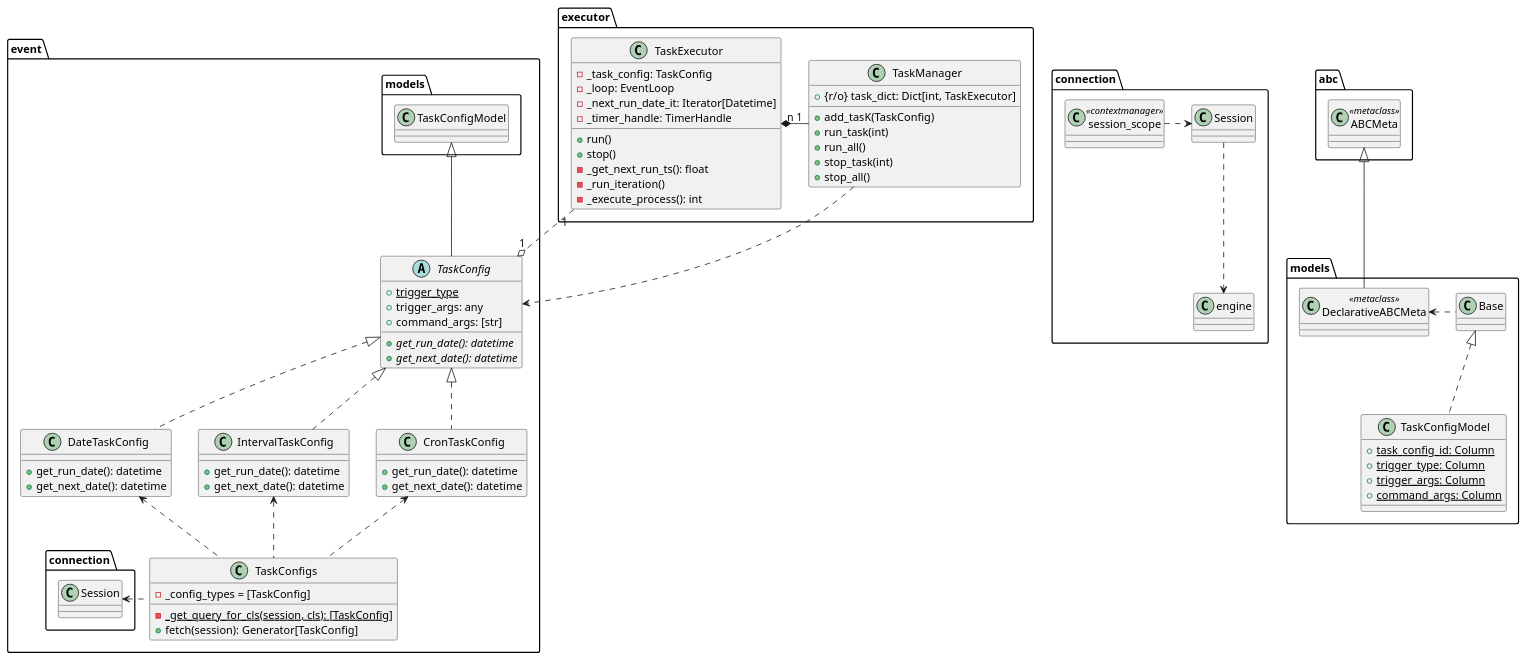
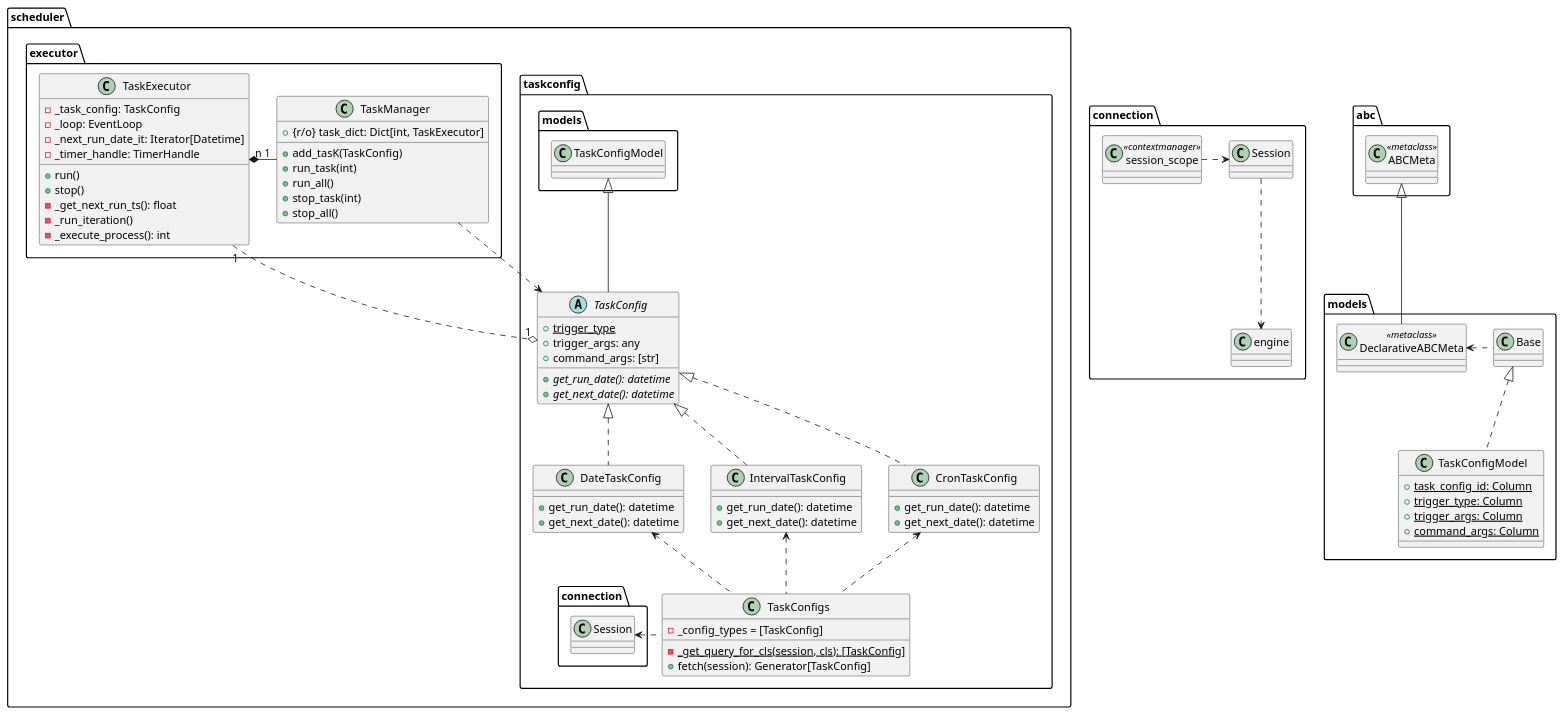
One commit to idfortytwo/pscheduler-backend changed the diagram in diagram.puml. Above: the diagram before and after it, drawn with PlantUML.

Commit message:
updated package names

```diff
--- a/diagram.puml
+++ b/diagram.puml
@@ -1,93 +1,93 @@
 @startuml
 
 class abc.ABCMeta <<metaclass>>
 
-package event {
+package scheduler.taskconfig {
     abstract class TaskConfig {
         + {static} trigger_type
         + trigger_args: any
         + command_args: [str]
         + {abstract} get_run_date(): datetime
         + {abstract} get_next_date(): datetime
     }
     TaskConfig --u|> models.TaskConfigModel
 
     class CronTaskConfig {
         +get_run_date(): datetime
         +get_next_date(): datetime
     }
     class IntervalTaskConfig{
         +get_run_date(): datetime
         +get_next_date(): datetime
     }
     class DateTaskConfig{
         +get_run_date(): datetime
         +get_next_date(): datetime
     }
     CronTaskConfig     -u[dashed]-|> TaskConfig
     IntervalTaskConfig -u[dashed]-|> TaskConfig
     DateTaskConfig     -u[dashed]-|> TaskConfig
 
     class TaskConfigs {
         - _config_types = [TaskConfig]
         - {static} _get_query_for_cls(session, cls): [TaskConfig]
         + fetch(session): Generator[TaskConfig]
     }
     TaskConfigs -u[dashed]-> CronTaskConfig
     TaskConfigs -u[dashed]-> IntervalTaskConfig
     TaskConfigs -u[dashed]-> DateTaskConfig
     TaskConfigs -l[dashed]-> connection.Session
 }
 
 package connection {
     class Session
     class session_scope <<contextmanager>>
     Session -[dashed]-> engine
     session_scope -[dashed]> Session
 }
 
 package models {
     class Base
     Base -[dashed]l> DeclarativeABCMeta
 
     class TaskConfigModel {
         + {static} task_config_id: Column
         + {static} trigger_type: Column
         + {static} trigger_args: Column
         + {static} command_args: Column
     }
     TaskConfigModel .-u|> Base
 
     class DeclarativeABCMeta <<metaclass>>
     DeclarativeABCMeta --u|> abc.ABCMeta
 }
 
 
-package executor {
+package scheduler.executor {
     class TaskExecutor {
         - _task_config: TaskConfig
         - _loop: EventLoop
         - _next_run_date_it: Iterator[Datetime]
         - _timer_handle: TimerHandle
 
         + run()
         + stop()
         - _get_next_run_ts(): float
         - _run_iteration()
         - _execute_process(): int
     }
 
     class TaskManager {
         + {r/o} task_dict: Dict[int, TaskExecutor]
         + add_tasK(TaskConfig)
         + run_task(int)
         + run_all()
         + stop_task(int)
         + stop_all()
     }
     TaskManager "1" --l* "n" TaskExecutor
 }
 TaskExecutor "1" .-o "1" TaskConfig
 TaskManager .-> TaskConfig
 
 @enduml
```
